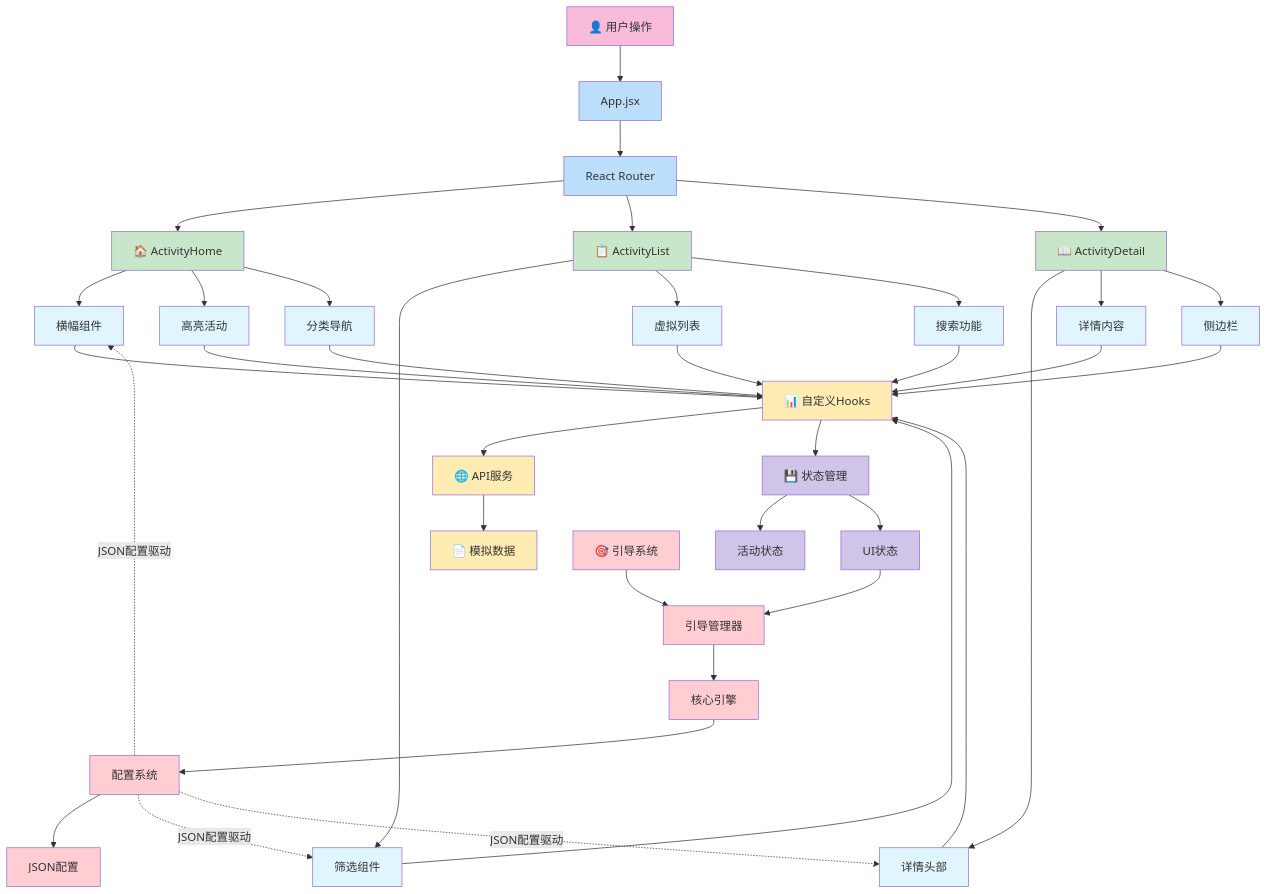
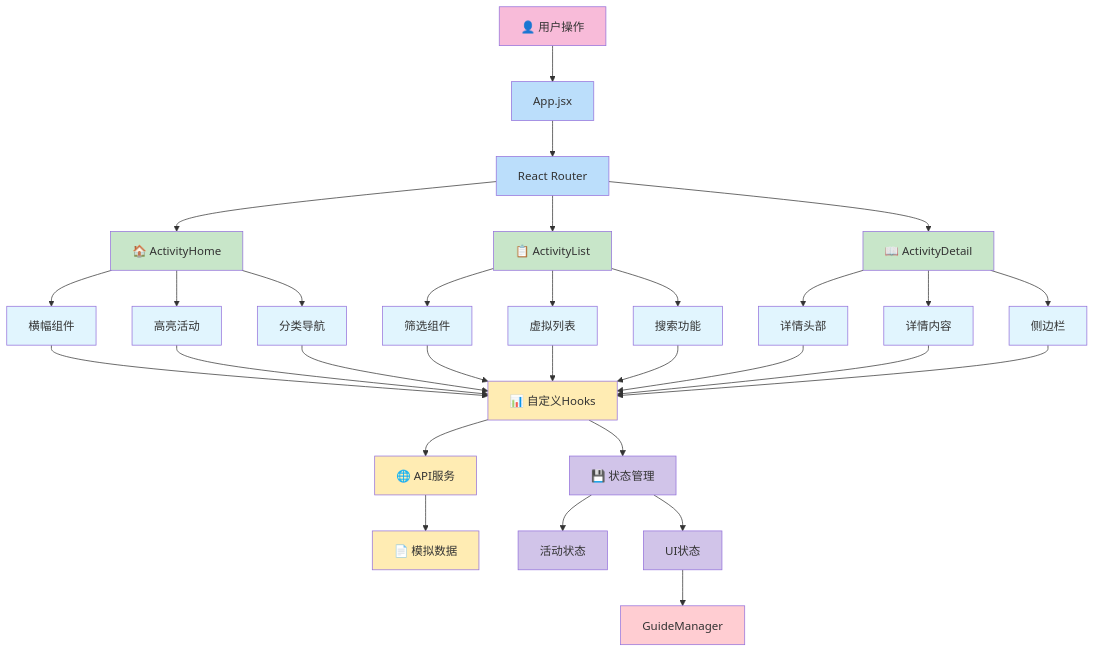
One commit to Mingjun-Lyu/ByteDance-Engineering-Camp changed the first of 4 diagrams in README.md. Above: the diagram before and after it, drawn with Mermaid. The commit also changed other lines of this file and 9 other files, not shown here.

````diff
--- a/README.md
+++ b/README.md
@@ -26,75 +24,64 @@
 ```mermaid
 graph TB
     %% 用户层
     User[👤 用户操作] --> App[App.jsx]
     
     %% 路由层
     App --> Router[React Router]
     
     %% 页面层
     Router --> Home[🏠 ActivityHome]
     Router --> List[📋 ActivityList]
     Router --> Detail[📖 ActivityDetail]
     
     %% 组件层
     Home --> Banner[横幅组件]
     Home --> Highlight[高亮活动]
     Home --> Categories[分类导航]
     
     List --> Filter[筛选组件]
     List --> VirtualList[虚拟列表]
     List --> Search[搜索功能]
     
     Detail --> Header[详情头部]
     Detail --> Content[详情内容]
     Detail --> Sidebar[侧边栏]
     
     %% 数据层
     Banner --> Hooks[📊 自定义Hooks]
     Highlight --> Hooks
     Categories --> Hooks
     Filter --> Hooks
     VirtualList --> Hooks
     Search --> Hooks
     Header --> Hooks
     Content --> Hooks
     Sidebar --> Hooks
     
     Hooks --> API[🌐 API服务]
     API --> Mock[📄 模拟数据]
     
     %% 状态管理层
     Hooks --> Store[💾 状态管理]
     Store --> ActivityStore[活动状态]
     Store --> UIStore[UI状态]
     
-    %% 引导系统层
-    Guide[🎯 引导系统] --> GuideManager[引导管理器]
-    GuideManager --> GuideCore[核心引擎]
-    GuideCore --> GuideConfig[配置系统]
-    GuideConfig --> JSONConfig[JSON配置]
-    
-    %% 引导系统与业务解耦
-    GuideConfig -.->|JSON配置驱动| Banner
-    GuideConfig -.->|JSON配置驱动| Filter
-    GuideConfig -.->|JSON配置驱动| Header
-    
     %% 状态管理连接
     UIStore --> GuideManager
     
     classDef user fill:#f8bbd9
     classDef app fill:#bbdefb
     classDef page fill:#c8e6c9
     classDef component fill:#e1f5fe
     classDef data fill:#ffecb3
     classDef store fill:#d1c4e9
     classDef guide fill:#ffcdd2
     
     class User user
     class App,Router app
     class Home,List,Detail page
     class Banner,Highlight,Categories,Filter,VirtualList,Search,Header,Content,Sidebar component
     class Hooks,API,Mock data
     class Store,ActivityStore,UIStore store
     class Guide,GuideManager,GuideCore,GuideConfig,JSONConfig guide
 ```
````
